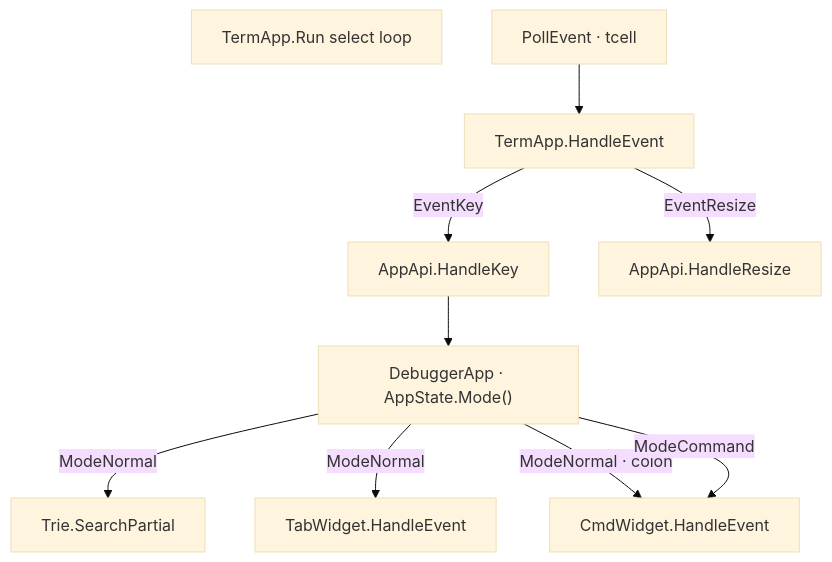
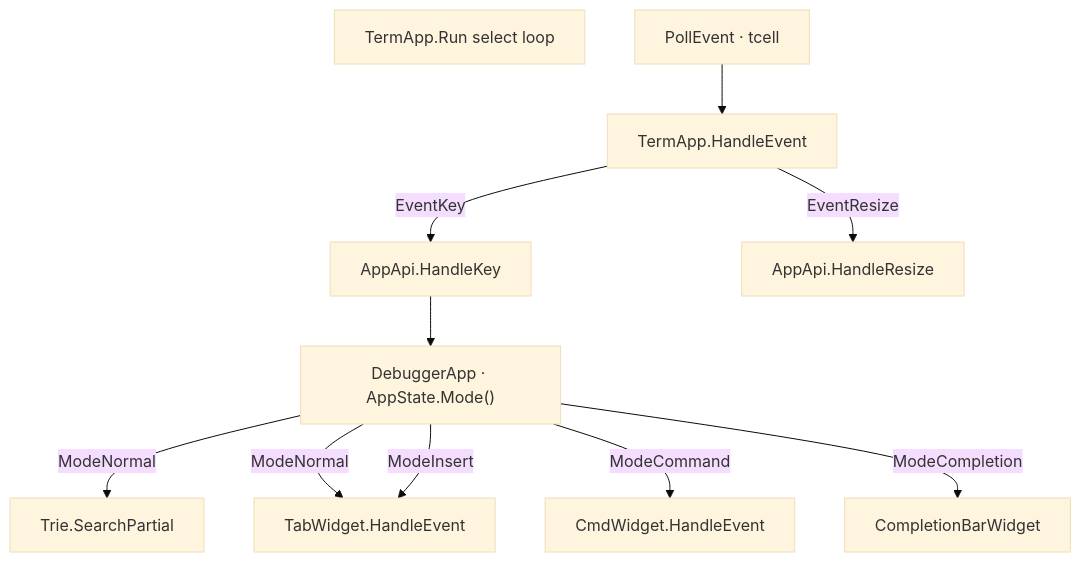
Before and after one commit to yairgd/gdbforge: the second of 4 diagrams in docs/INPUT.md, drawn with Mermaid (base theme). The commit also changed other lines of this file and 9 other files, not shown here.

````diff
--- a/docs/INPUT.md
+++ b/docs/INPUT.md
@@ -89,20 +90,22 @@
 ```mermaid
 flowchart TB
     Select["TermApp.Run select loop"]
     Poll["PollEvent · tcell"]
     TermHandler["TermApp.HandleEvent"]
     HandleKey["AppApi.HandleKey"]
     HandleResize["AppApi.HandleResize"]
     Router["DebuggerApp · AppState.Mode()"]
     Trie["Trie.SearchPartial"]
     Tab["TabWidget.HandleEvent"]
     Cmd["CmdWidget.HandleEvent"]
+    Comp["CompletionBarWidget"]
 
     Poll --> TermHandler
     TermHandler -->|"EventKey"| HandleKey --> Router
     TermHandler -->|"EventResize"| HandleResize
     Router -->|"ModeNormal"| Trie
     Router -->|"ModeNormal"| Tab
-    Router -->|"ModeNormal · colon"| Cmd
+    Router -->|"ModeInsert"| Tab
     Router -->|"ModeCommand"| Cmd
+    Router -->|"ModeCompletion"| Comp
 ```
````
